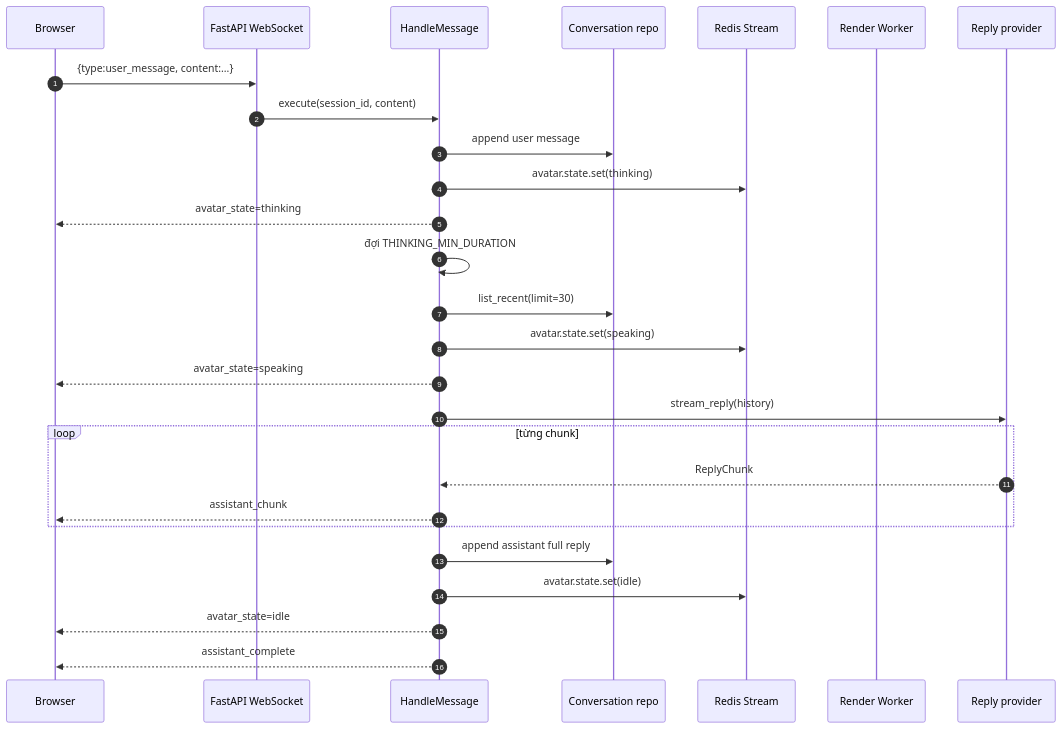
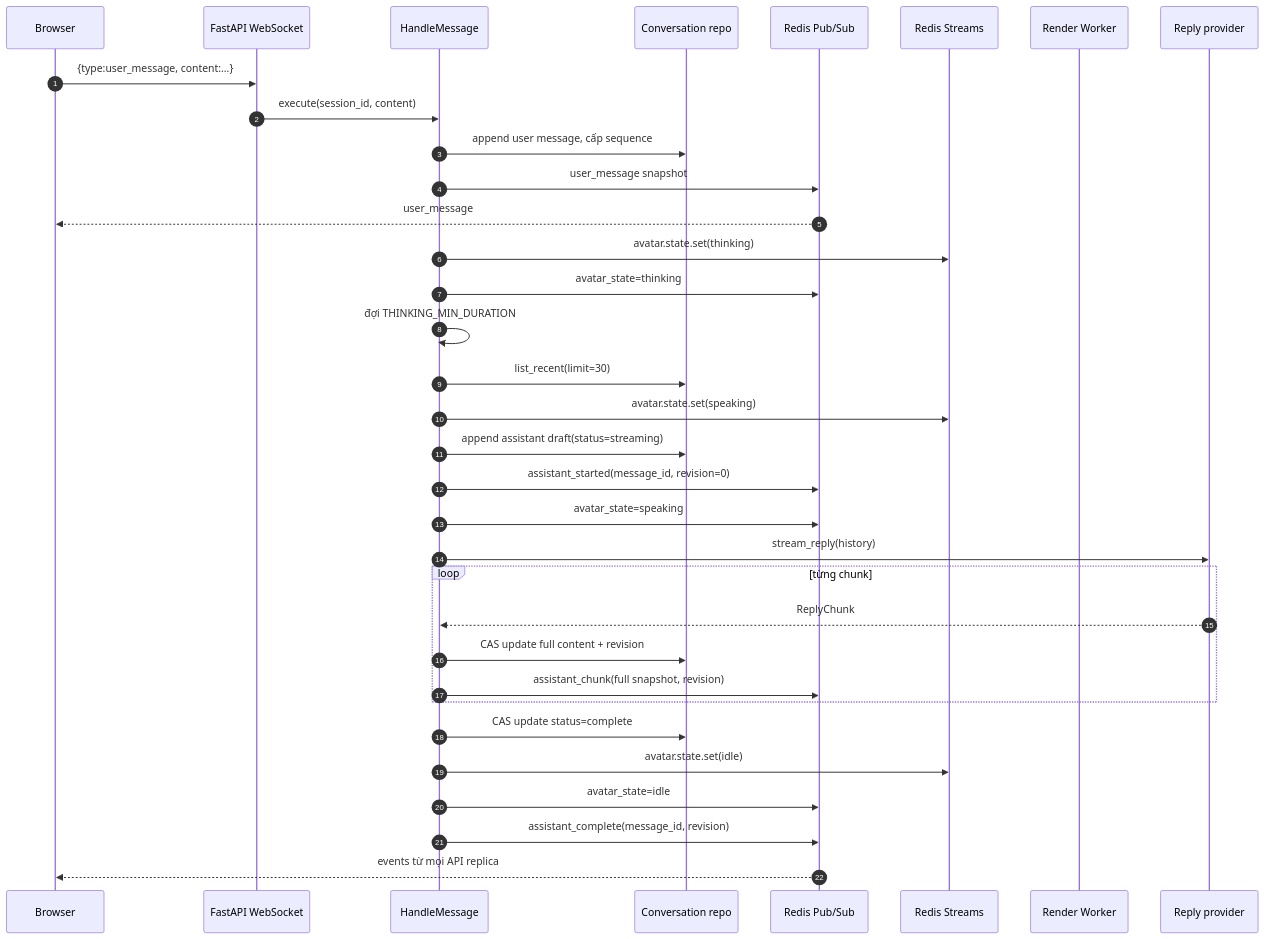
One commit to thinhphan97/PersonaForge changed the sixth of 7 diagrams in docs/current-pipeline.md. Above: the diagram before and after it, drawn with Mermaid. The commit also changed other lines of this file and 24 other files, not shown here.

````diff
--- a/docs/current-pipeline.md
+++ b/docs/current-pipeline.md
@@ -287,30 +291,37 @@
 ```mermaid
 sequenceDiagram
     autonumber
     participant B as Browser
     participant A as FastAPI WebSocket
     participant H as HandleMessage
     participant DB as Conversation repo
-    participant R as Redis Stream
+    participant P as Redis Pub/Sub
+    participant R as Redis Streams
     participant W as Render Worker
     participant M as Reply provider
 
     B->>A: {type:user_message, content:...}
     A->>H: execute(session_id, content)
-    H->>DB: append user message
+    H->>DB: append user message, cấp sequence
+    H->>P: user_message snapshot
+    P-->>B: user_message
     H->>R: avatar.state.set(thinking)
-    H-->>B: avatar_state=thinking
+    H->>P: avatar_state=thinking
     H->>H: đợi THINKING_MIN_DURATION
     H->>DB: list_recent(limit=30)
     H->>R: avatar.state.set(speaking)
-    H-->>B: avatar_state=speaking
+    H->>DB: append assistant draft(status=streaming)
+    H->>P: assistant_started(message_id, revision=0)
+    H->>P: avatar_state=speaking
     H->>M: stream_reply(history)
     loop từng chunk
         M-->>H: ReplyChunk
-        H-->>B: assistant_chunk
+        H->>DB: CAS update full content + revision
+        H->>P: assistant_chunk(full snapshot, revision)
     end
-    H->>DB: append assistant full reply
+    H->>DB: CAS update status=complete
     H->>R: avatar.state.set(idle)
-    H-->>B: avatar_state=idle
-    H-->>B: assistant_complete
+    H->>P: avatar_state=idle
+    H->>P: assistant_complete(message_id, revision)
+    P-->>B: events từ mọi API replica
 ```
````
